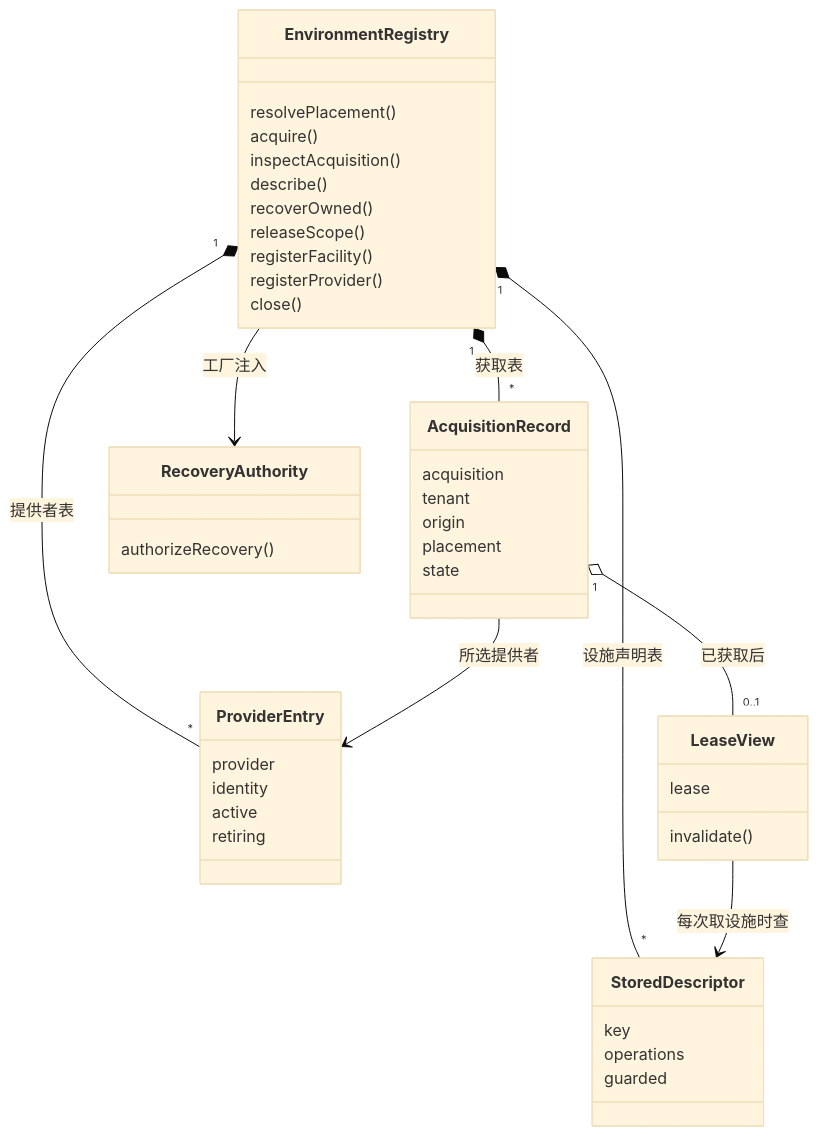
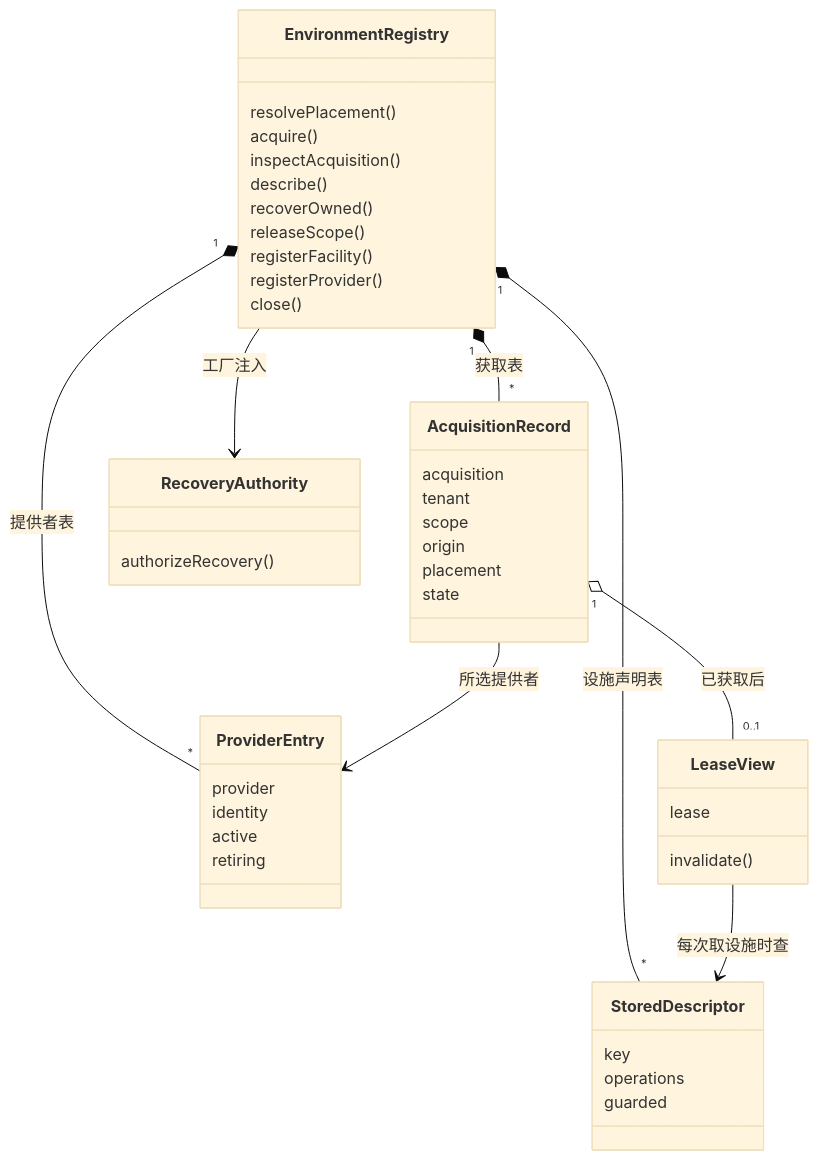
Before and after one commit to nemori-ai/omne-harness-lite: the diagram in packages/execution/execution-environment/docs/object-model.md, drawn with Mermaid (base theme). The commit also changed other lines of this file and 50 other files, not shown here.

````diff
--- a/packages/execution/execution-environment/docs/object-model.md
+++ b/packages/execution/execution-environment/docs/object-model.md
@@ -17,46 +17,47 @@
 ```mermaid
 classDiagram
   class EnvironmentRegistry {
     resolvePlacement()
     acquire()
     inspectAcquisition()
     describe()
     recoverOwned()
     releaseScope()
     registerFacility()
     registerProvider()
     close()
   }
   class ProviderEntry {
     provider
     identity
     active
     retiring
   }
   class StoredDescriptor {
     key
     operations
     guarded
   }
   class AcquisitionRecord {
     acquisition
     tenant
+    scope
     origin
     placement
     state
   }
   class LeaseView {
     lease
     invalidate()
   }
   class RecoveryAuthority {
     authorizeRecovery()
   }
   EnvironmentRegistry "1" *-- "*" ProviderEntry : 提供者表
   EnvironmentRegistry "1" *-- "*" StoredDescriptor : 设施声明表
   EnvironmentRegistry "1" *-- "*" AcquisitionRecord : 获取表
   EnvironmentRegistry --> RecoveryAuthority : 工厂注入
   AcquisitionRecord --> ProviderEntry : 所选提供者
   AcquisitionRecord "1" o-- "0..1" LeaseView : 已获取后
   LeaseView --> StoredDescriptor : 每次取设施时查
 ```
````
